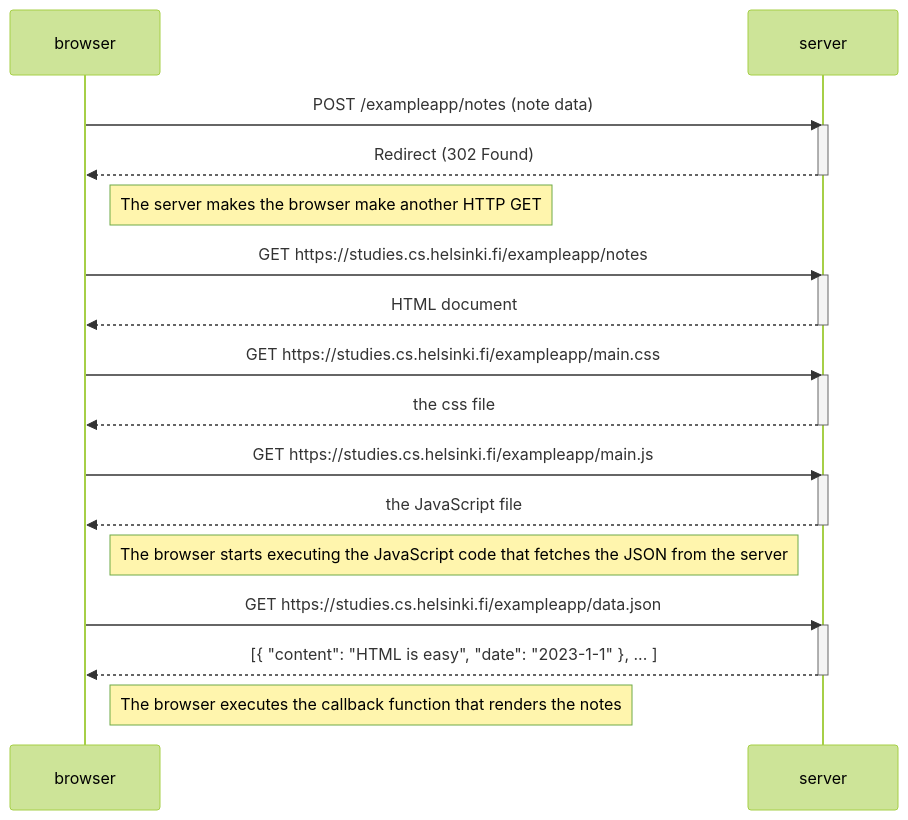
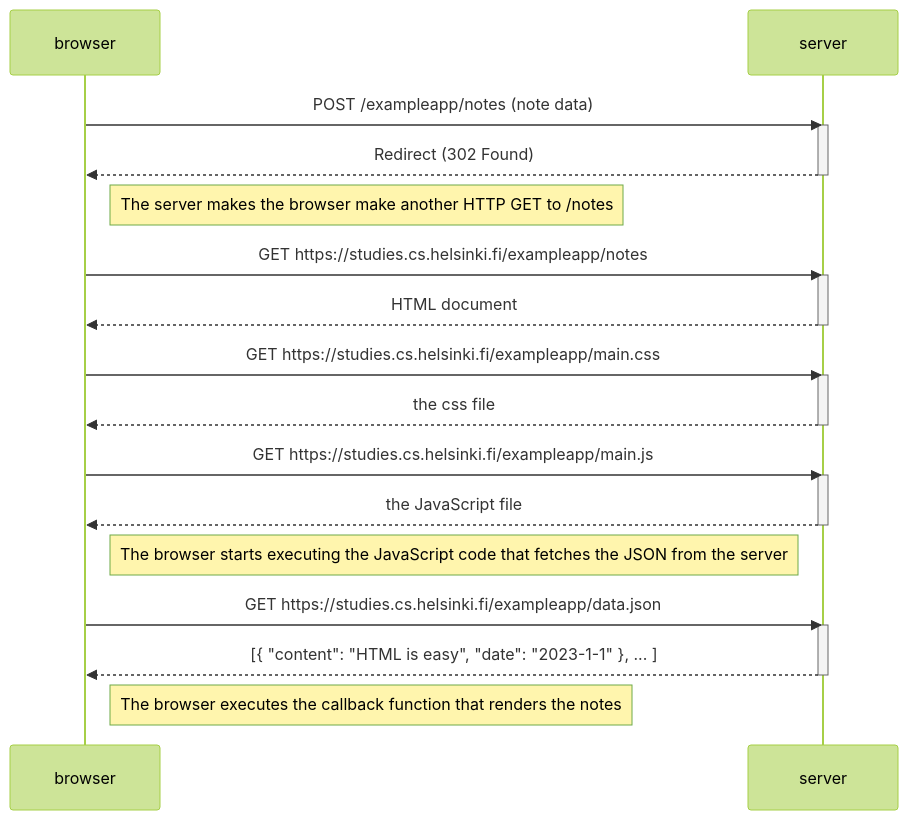
One commit to trasku/fullstack changed the diagram in osa0/teht0_4.md. Above: the diagram before and after it, drawn with Mermaid (forest theme).

Commit message:
Update teht0_4.md
iteraatio3, siistimistä

````diff
--- a/osa0/teht0_4.md
+++ b/osa0/teht0_4.md
@@ -1,36 +1,36 @@
 ```mermaid
 sequenceDiagram
     participant browser
     participant server
 
     browser->>server: POST /exampleapp/notes (note data)
     activate server
     server-->>browser: Redirect (302 Found)
     deactivate server
 
-    Note right of browser: The server makes the browser make another HTTP GET
+    Note right of browser: The server makes the browser make another HTTP GET to /notes
 
     browser->>server: GET https://studies.cs.helsinki.fi/exampleapp/notes
     activate server
     server-->>browser: HTML document
     deactivate server
     
     browser->>server: GET https://studies.cs.helsinki.fi/exampleapp/main.css
     activate server
     server-->>browser: the css file
     deactivate server
     
     browser->>server: GET https://studies.cs.helsinki.fi/exampleapp/main.js
     activate server
     server-->>browser: the JavaScript file
     deactivate server
     
     Note right of browser: The browser starts executing the JavaScript code that fetches the JSON from the server
     
     browser->>server: GET https://studies.cs.helsinki.fi/exampleapp/data.json
     activate server
     server-->>browser: [{ "content": "HTML is easy", "date": "2023-1-1" }, ... ]
     deactivate server    
 
     Note right of browser: The browser executes the callback function that renders the notes
 ```
````
